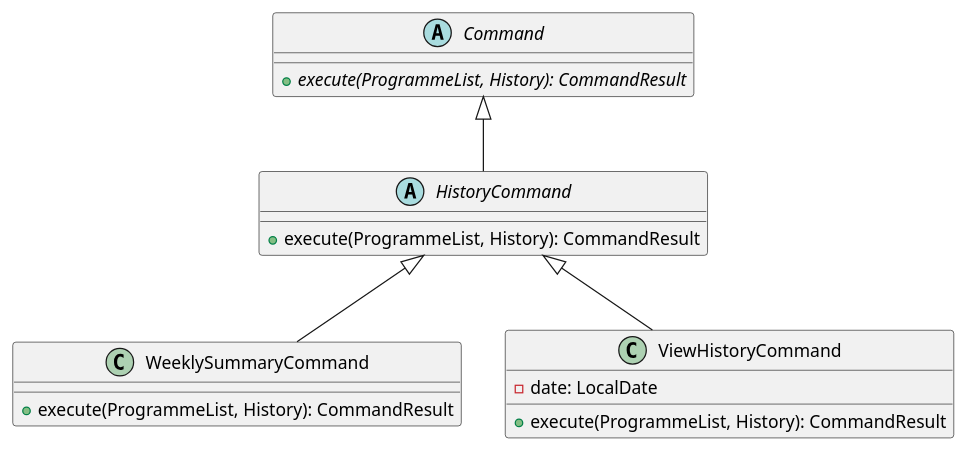
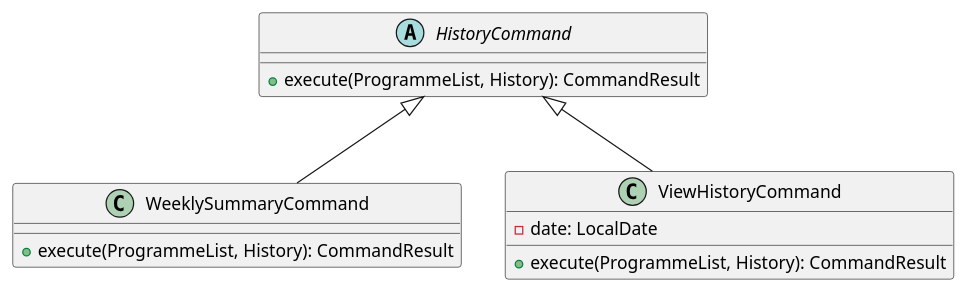
The diagram in docs/diagrams/historyCommand.puml (nus-cs2113-AY2425S1/tp), drawn with PlantUML before and after one commit. The commit also changed 4 other files, not shown here.

```diff
--- a/docs/diagrams/historyCommand.puml
+++ b/docs/diagrams/historyCommand.puml
@@ -1,24 +1,20 @@
 @startuml
-abstract class Command {
-    + {abstract} execute(ProgrammeList, History): CommandResult
-}
 
 abstract class HistoryCommand {
     + execute(ProgrammeList, History): CommandResult
 }
 
 class WeeklySummaryCommand {
     + execute(ProgrammeList, History): CommandResult
 }
 
 class ViewHistoryCommand {
     - date: LocalDate
     + execute(ProgrammeList, History): CommandResult
 }
 
 
-Command <|-- HistoryCommand
 HistoryCommand <|-- WeeklySummaryCommand
 HistoryCommand <|-- ViewHistoryCommand
 
 @enduml
```
